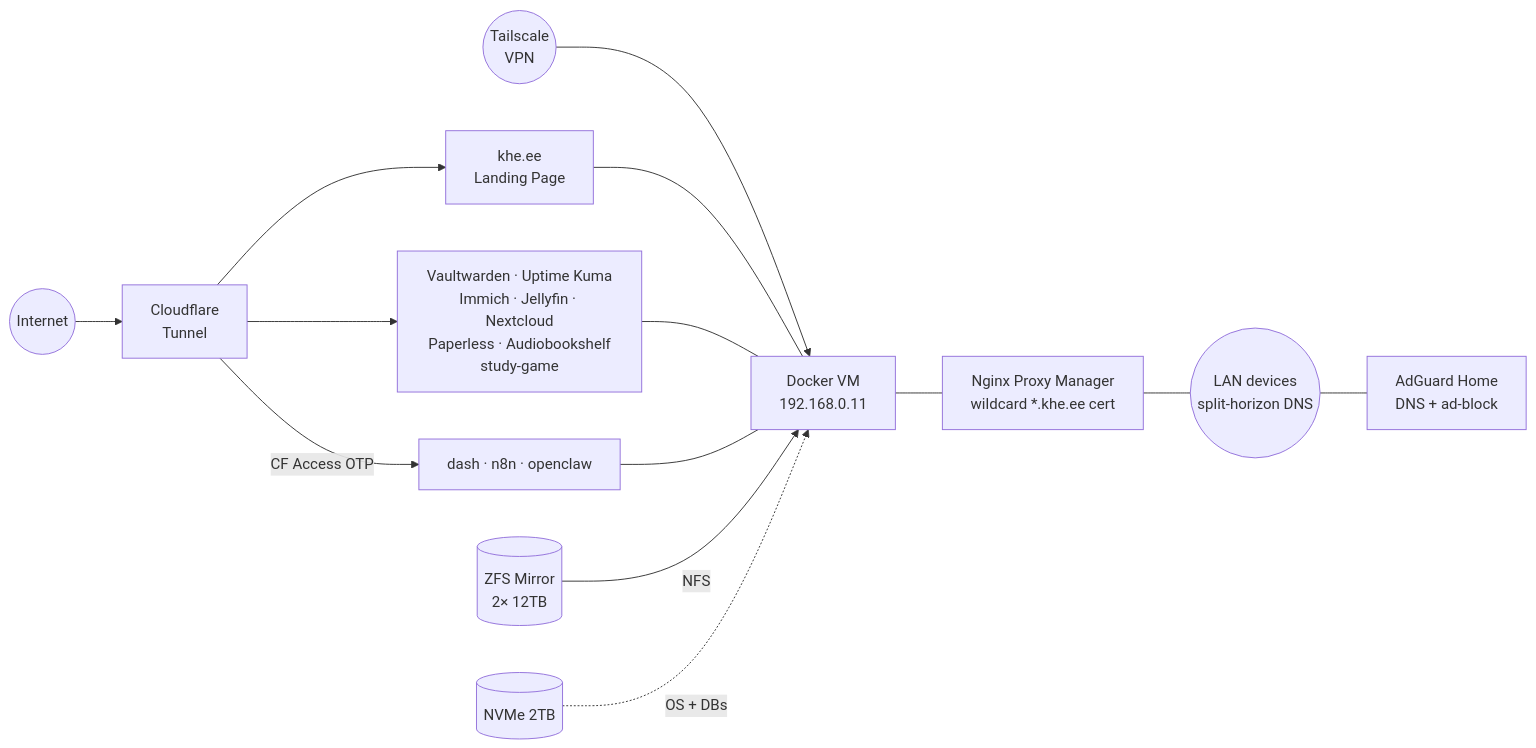
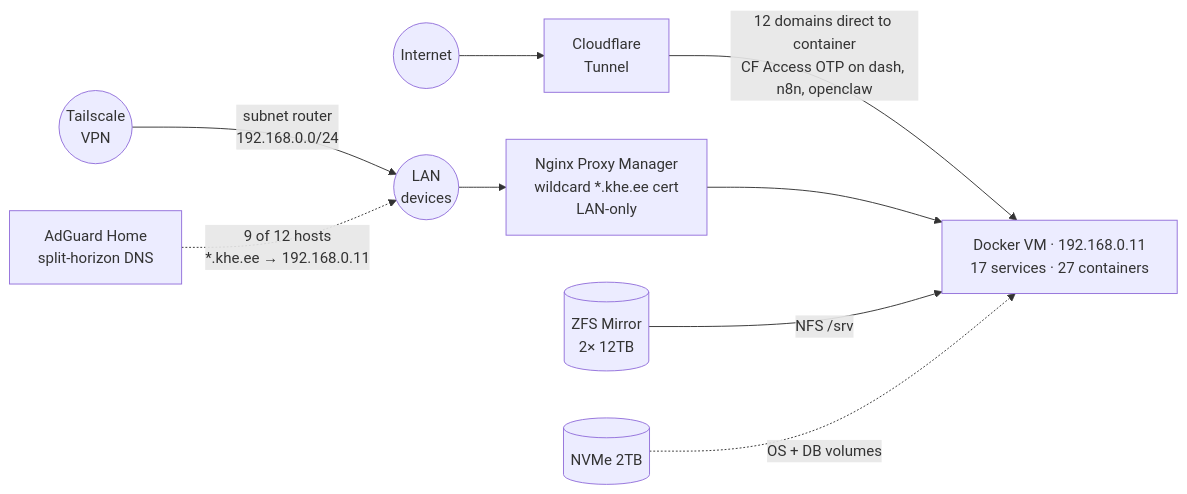
The diagram in README.md (khelias/khe-homelab), drawn with Mermaid before and after one commit. The commit also changed other lines of this file and 2 other files, not shown here.

Commit message:
docs: accurate architecture diagram + roadmap cleanup
Diagram was misleading in two places: it implied all Cloudflare-tunnelled
traffic went through NPM, and used undirected edges that hid data-flow
direction. Redraw shows CF → container direct (correct per cloudflare.md),
LAN/Tailscale → AdGuard DNS → NPM → container, and keeps the storage lanes.

ROADMAP.md: remove the "private security note" framing (calling attention
to the existence of a private audit file is a map for attackers). Fold
the service wishlist in from CLAUDE.md and add a Hardware section covering
the RTX GPU + RAM upgrade path.

CLAUDE.md: shrink the TODO to near-term operational items; strategic
items now live in ROADMAP.md as the single source of forward-looking truth.

````diff
--- a/README.md
+++ b/README.md
@@ -7,18 +7,15 @@
 ```mermaid
 graph LR
-    Internet((Internet)) --> CF[Cloudflare\nTunnel]
-    VPN((Tailscale\nVPN)) --> DVM
+    Internet((Internet)) --> CF[Cloudflare<br/>Tunnel]
+    VPN((Tailscale<br/>VPN)) -->|subnet router<br/>192.168.0.0/24| LAN
 
-    CF --> Landing[khe.ee\nLanding Page]
-    CF -->|CF Access OTP| Protected[dash · n8n · openclaw]
-    CF --> Public[Vaultwarden · Uptime Kuma\nImmich · Jellyfin · Nextcloud\nPaperless · Audiobookshelf\nstudy-game]
+    CF -->|12 domains direct to container<br/>CF Access OTP on dash, n8n, openclaw| CTR
 
-    Landing & Public & Protected --- DVM[Docker VM\n192.168.0.11]
+    AG[AdGuard Home<br/>split-horizon DNS] -.->|9 of 12 hosts<br/>*.khe.ee → 192.168.0.11| LAN
+    LAN((LAN<br/>devices)) --> NPM
 
-    DVM --- NPM[Nginx Proxy Manager\nwildcard *.khe.ee cert]
-    NPM --- LAN((LAN devices\nsplit-horizon DNS))
-    LAN --- AG[AdGuard Home\nDNS + ad-block]
+    NPM[Nginx Proxy Manager<br/>wildcard *.khe.ee cert<br/>LAN-only] --> CTR[Docker VM · 192.168.0.11<br/>17 services · 27 containers]
 
-    HDD[(ZFS Mirror\n2× 12TB)] -->|NFS| DVM
-    NVMe[(NVMe 2TB)] -.->|OS + DBs| DVM
+    HDD[(ZFS Mirror<br/>2× 12TB)] -->|NFS /srv| CTR
+    NVMe[(NVMe 2TB)] -.->|OS + DB volumes| CTR
 ```
````
